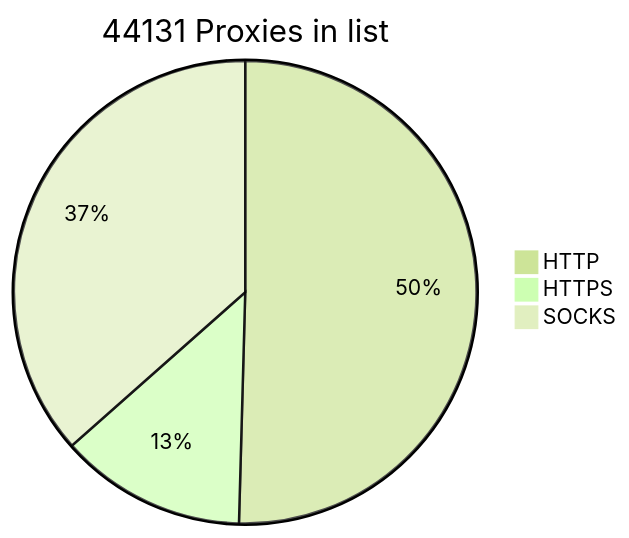
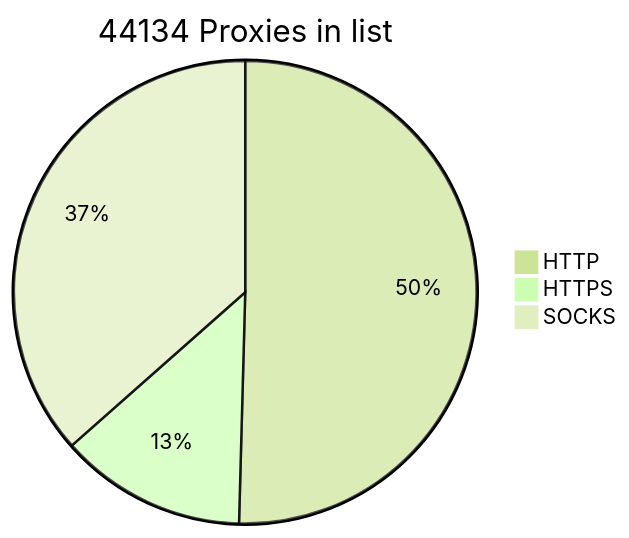
Before and after one commit to BlackSnowDot/proxylist-update-every-minute: the diagram in README.md, drawn with Mermaid (forest theme).

````diff
--- a/README.md
+++ b/README.md
@@ -2,6 +2,6 @@
 ```mermaid
-pie title 44131 Proxies in list
-    "HTTP" : 24819
-    "HTTPS": 6417
+pie title 44134 Proxies in list
+    "HTTP" : 24823
+    "HTTPS": 6425
     "SOCKS" : 17977
 ```
````
